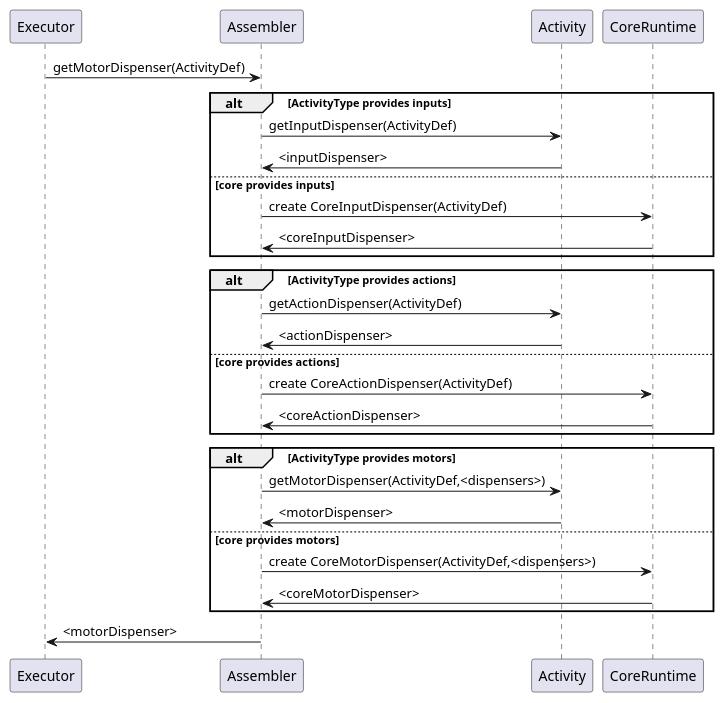
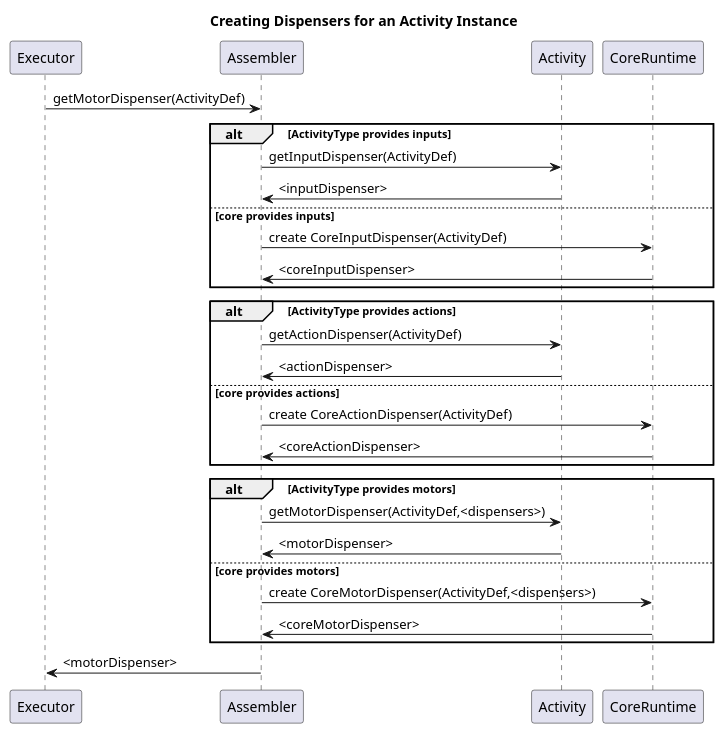
One commit to engineblock/engineblock changed the diagram in docs/diagrams/slot_assembly.puml. Above: the diagram before and after it, drawn with PlantUML. The commit also changed 3 other files, not shown here.

```diff
--- a/docs/diagrams/slot_assembly.puml
+++ b/docs/diagrams/slot_assembly.puml
@@ -1,30 +1,32 @@
 @startuml
+title Creating Dispensers for an Activity Instance
+
 Executor -> Assembler: getMotorDispenser(ActivityDef)
 
 alt ActivityType provides inputs
  Assembler -> Activity : getInputDispenser(ActivityDef)
  Assembler <- Activity : <inputDispenser>
 else core provides inputs
  Assembler -> CoreRuntime : create CoreInputDispenser(ActivityDef)
  Assembler <- CoreRuntime : <coreInputDispenser>
 end
 
 alt ActivityType provides actions
  Assembler -> Activity : getActionDispenser(ActivityDef)
  Assembler <- Activity : <actionDispenser>
 else core provides actions
  Assembler -> CoreRuntime : create CoreActionDispenser(ActivityDef)
  Assembler <- CoreRuntime : <coreActionDispenser>
 end
 
 alt ActivityType provides motors
  Assembler -> Activity : getMotorDispenser(ActivityDef,<dispensers>)
  Assembler <- Activity : <motorDispenser>
 else core provides motors
  Assembler -> CoreRuntime : create CoreMotorDispenser(ActivityDef,<dispensers>)
  Assembler <- CoreRuntime : <coreMotorDispenser>
 end
 
 Executor <- Assembler: <motorDispenser>
 
 @enduml
```
